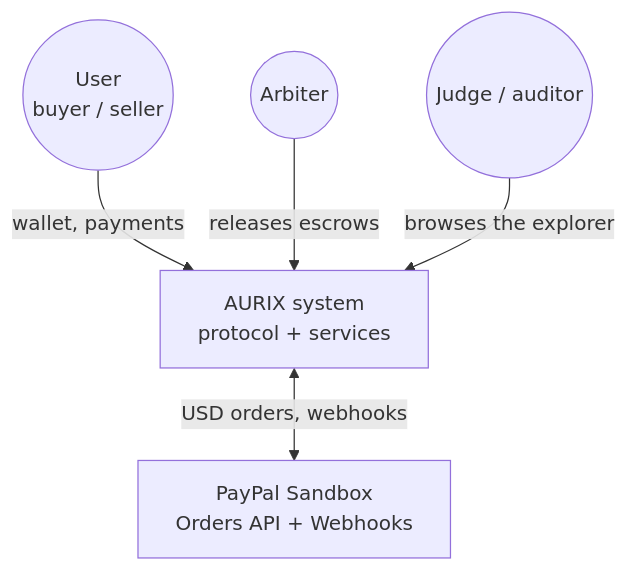
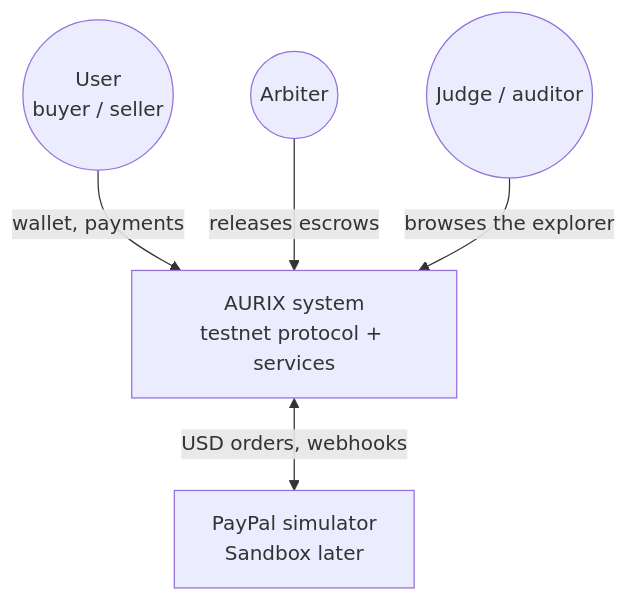
The first of 11 diagrams in docs/architecture/diagrams.md (joeylukoji/Aurix), drawn with Mermaid before and after one commit. The commit also changed other lines of this file and 7 other files, not shown here.

Commit message:
docs: as-built architecture, sprint status, Devpost description and demo script

````diff
--- a/docs/architecture/diagrams.md
+++ b/docs/architecture/diagrams.md
@@ -5,12 +7,12 @@
 ```mermaid
 flowchart TB
     USER((User<br/>buyer / seller))
     ARB((Arbiter))
     JURY((Judge / auditor))
-    AURIX[AURIX system<br/>protocol + services]
-    PAYPAL[PayPal Sandbox<br/>Orders API + Webhooks]
+    AURIX[AURIX system<br/>testnet protocol + services]
+    PAYPAL[PayPal simulator<br/>Sandbox later]
     USER -->|wallet, payments| AURIX
     ARB -->|releases escrows| AURIX
     JURY -->|browses the explorer| AURIX
     AURIX <-->|USD orders, webhooks| PAYPAL
 ```
````
